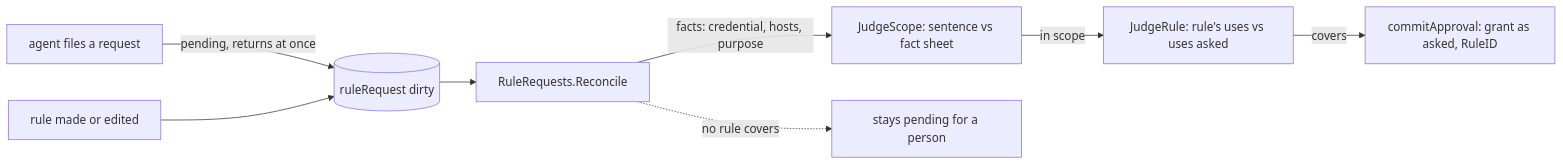
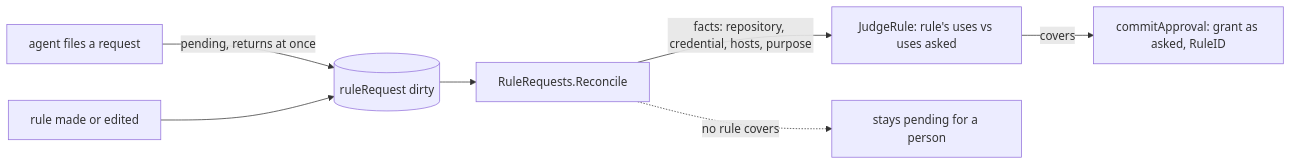
Before and after one commit to discobox-ai/discobox: the first of 2 diagrams in server/internal/resources/secrets/DESIGN.md, drawn with Mermaid. The commit also changed other lines of this file and 76 other files, not shown here.

````diff
--- a/server/internal/resources/secrets/DESIGN.md
+++ b/server/internal/resources/secrets/DESIGN.md
@@ -303,10 +304,9 @@
 ```mermaid
 flowchart LR
     ask["agent files a request"] -->|"pending, returns at once"| dirty[(ruleRequest dirty)]
     made["rule made or edited"] --> dirty
     dirty --> test["RuleRequests.Reconcile"]
-    test -->|"facts: credential, hosts, purpose"| scope["JudgeScope: sentence vs fact sheet"]
-    scope -->|"in scope"| content["JudgeRule: rule's uses vs uses asked"]
+    test -->|"facts: repository, credential, hosts, purpose"| content["JudgeRule: rule's uses vs uses asked"]
     content -->|"covers"| write["commitApproval: grant as asked, RuleID"]
     test -. "no rule covers" .-> person["stays pending for a person"]
 ```
````
